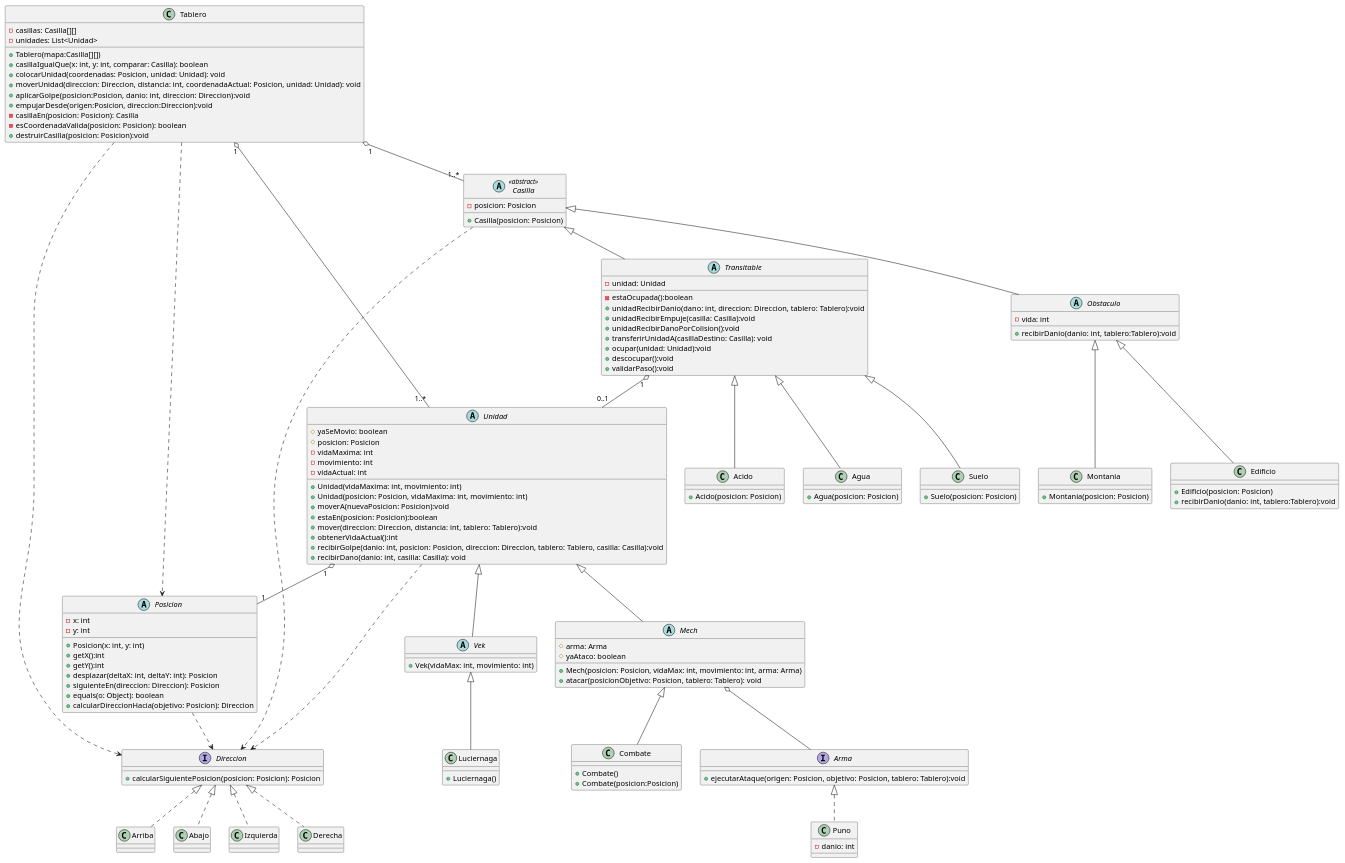
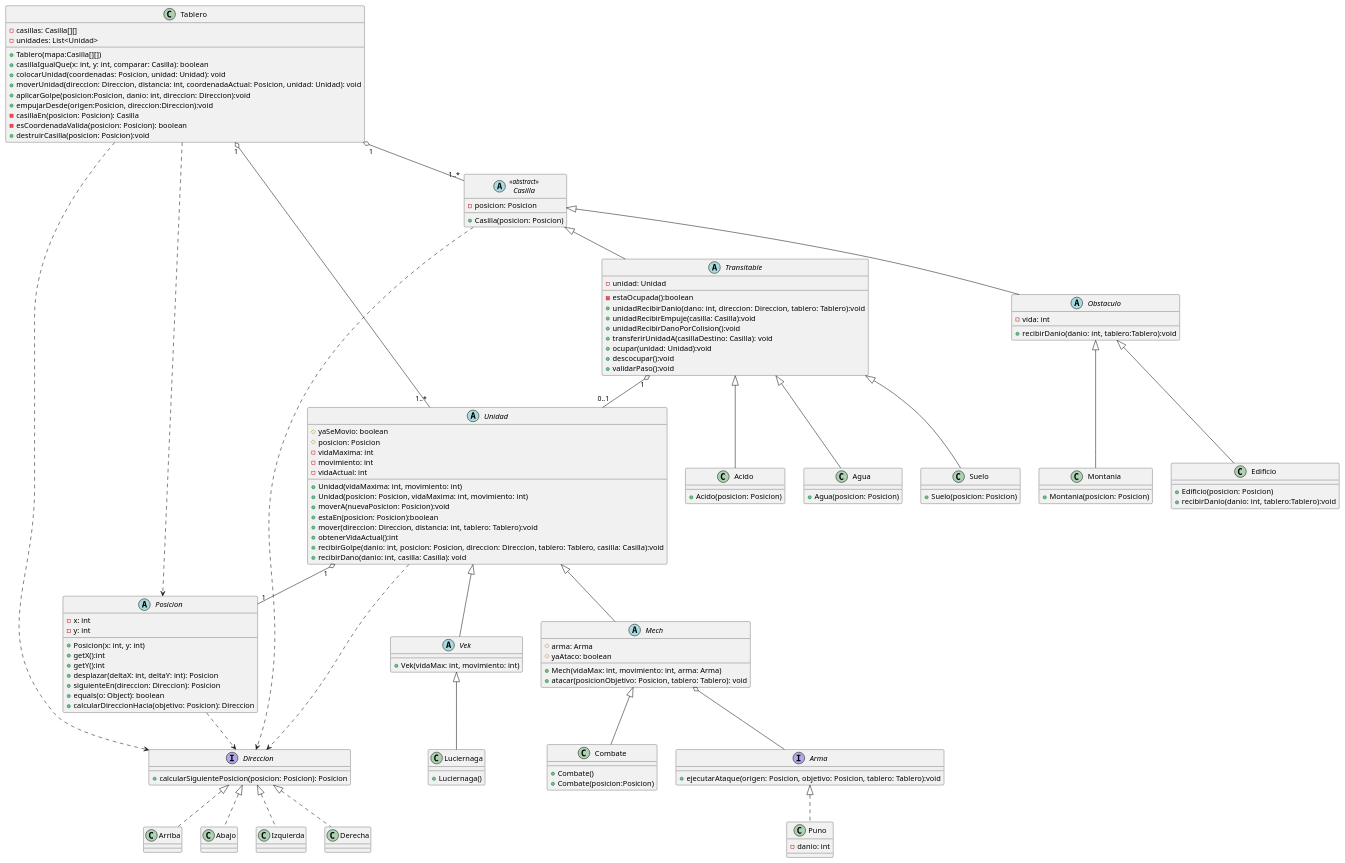
The diagram in diagrams/Entrega1/DiagramaClase.puml (MarianoArgerich/TP2_Paradigmas_Suarez), drawn with PlantUML before and after one commit.

Commit message:
va sin posicion el constructor de Mech

```diff
--- a/diagrams/Entrega1/DiagramaClase.puml
+++ b/diagrams/Entrega1/DiagramaClase.puml
@@ -1,177 +1,177 @@
 @startuml
 'https://plantuml.com/class-diagram
 
 class Tablero {
         - casillas: Casilla[][]
         - unidades: List<Unidad>
 
         + Tablero(mapa:Casilla[][])
         + casillaIgualQue(x: int, y: int, comparar: Casilla): boolean
         + colocarUnidad(coordenadas: Posicion, unidad: Unidad): void
         + moverUnidad(direccion: Direccion, distancia: int, coordenadaActual: Posicion, unidad: Unidad): void
         + aplicarGolpe(posicion:Posicion, danio: int, direccion: Direccion):void
         + empujarDesde(origen:Posicion, direccion:Direccion):void
         - casillaEn(posicion: Posicion): Casilla
         - esCoordenadaValida(posicion: Posicion): boolean
         + destruirCasilla(posicion: Posicion):void
 
 }
 
 abstract class Casilla <<abstract>> {
 
         - posicion: Posicion
 
         + Casilla(posicion: Posicion)
 
 
 }
 
 
 abstract class Transitable extends Casilla{
         - unidad: Unidad
 
         - estaOcupada():boolean
         + unidadRecibirDanio(dano: int, direccion: Direccion, tablero: Tablero):void
         + unidadRecibirEmpuje(casilla: Casilla):void
         + unidadRecibirDanoPorColision():void
         + transferirUnidadA(casillaDestino: Casilla): void
         + ocupar(unidad: Unidad):void
         + descocupar():void
         + validarPaso():void
 
 }
 
 abstract class Obstaculo extends Casilla{
         - vida: int
 
         + recibirDanio(danio: int, tablero:Tablero):void
 }
 
 
 abstract class Unidad {
         # yaSeMovio: boolean
         # posicion: Posicion
         - vidaMaxima: int
         - movimiento: int
         - vidaActual: int
 
         + Unidad(vidaMaxima: int, movimiento: int)
         + Unidad(posicion: Posicion, vidaMaxima: int, movimiento: int)
         + moverA(nuevaPosicion: Posicion):void
         + estaEn(posicion: Posicion):boolean
         + mover(direccion: Direccion, distancia: int, tablero: Tablero):void
         + obtenerVidaActual():int
         + recibirGolpe(danio: int, posicion: Posicion, direccion: Direccion, tablero: Tablero, casilla: Casilla):void
         + recibirDano(danio: int, casilla: Casilla): void
 
 }
 
 abstract class Posicion {
         - x: int
         - y: int
 
         + Posicion(x: int, y: int)
         + getX():int
         + getY():int
         + desplazar(deltaX: int, deltaY: int): Posicion
         + siguienteEn(direccion: Direccion): Posicion
         + equals(o: Object): boolean
         + calcularDireccionHacia(objetivo: Posicion): Direccion
 }
 
 interface Direccion {
 
        + calcularSiguientePosicion(posicion: Posicion): Posicion
 }
 
 interface Arma {
 
        + ejecutarAtaque(origen: Posicion, objetivo: Posicion, tablero: Tablero):void
 }
 
 class Puno implements Arma {
         - danio: int
 }
 
 class Acido extends Transitable {
        + Acido(posicion: Posicion)
 }
 
 class Agua extends Transitable {
        + Agua(posicion: Posicion)
 }
 
 class Suelo extends Transitable {
        + Suelo(posicion: Posicion)
 }
 
 class Edificio extends Obstaculo {
 
        + Edificio(posicion: Posicion)
        + recibirDanio(danio: int, tablero:Tablero):void
 
 }
 
 class Montania extends Obstaculo {
 
        + Montania(posicion: Posicion)
 }
 
 
 class Abajo implements Direccion {
 
 }
 class Izquierda implements Direccion {
 
 }
 class Derecha implements Direccion {
 
 }
 class Arriba implements Direccion {
 
 }
 
 abstract class Mech extends Unidad{
         # arma: Arma
         # yaAtaco: boolean
 
-        + Mech(posicion: Posicion, vidaMax: int, movimiento: int, arma: Arma)
+        + Mech(vidaMax: int, movimiento: int, arma: Arma)
         + atacar(posicionObjetivo: Posicion, tablero: Tablero): void
 }
 
 abstract class Vek extends Unidad{
 
         + Vek(vidaMax: int, movimiento: int)
 }
 
 class Combate extends Mech{
         + Combate()
         + Combate(posicion:Posicion)
 }
 
 class Luciernaga extends Vek{
         + Luciernaga()
 }
 
 Tablero"1" o-- "1..*"Casilla
 Tablero"1" o-- "1..*"Unidad
 Tablero ..> Direccion
 Tablero ..> Posicion
 
 Transitable"1" o-- "0..1"Unidad
 
 Casilla ..> Direccion
 Unidad"1" o-- "1"Posicion
 Unidad ..> Direccion
 
 
 Posicion ..> Direccion
 Mech o-- Arma
 
 
 
 
 
 
 
 @enduml
```
